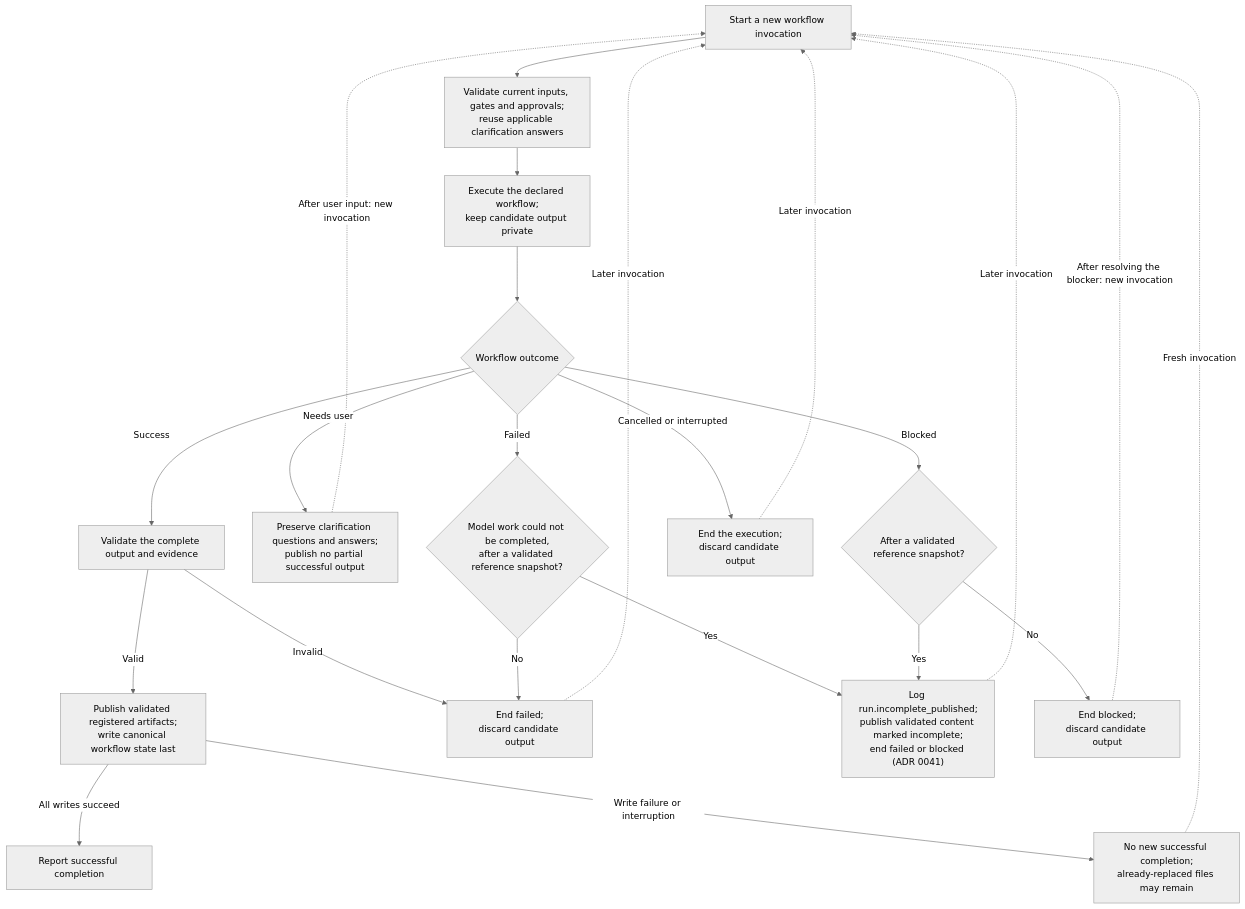
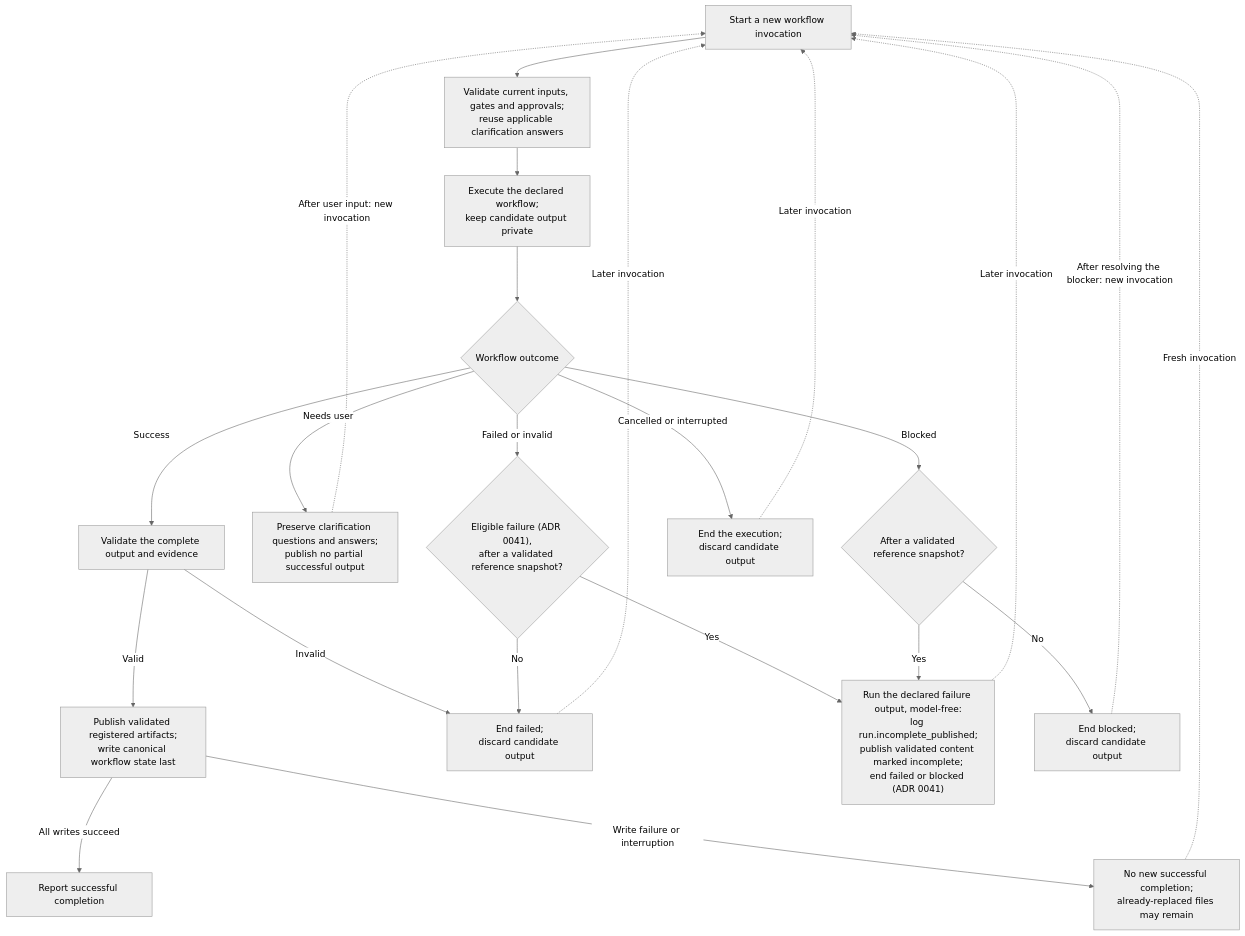
The diagram in design/diagrams/09-atomic-workflow-execution.md (littledespot/sdde), drawn with Mermaid (neutral theme) before and after one commit. The commit also changed 66 other files, not shown here.

````diff
--- a/design/diagrams/09-atomic-workflow-execution.md
+++ b/design/diagrams/09-atomic-workflow-execution.md
@@ -3,25 +3,25 @@
 ```mermaid
 flowchart TD
     START["Start a new workflow invocation"] --> INPUTS["Validate current inputs, gates and approvals;<br/>reuse applicable clarification answers"]
     INPUTS --> RUN["Execute the declared workflow;<br/>keep candidate output private"]
     RUN --> RESULT{"Workflow outcome"}
     RESULT -->|Success| VALIDATE["Validate the complete output and evidence"]
     VALIDATE -->|Valid| OUTPUT["Publish validated registered artifacts;<br/>write canonical workflow state last"]
     OUTPUT -->|All writes succeed| COMPLETE["Report successful completion"]
     OUTPUT -->|Write failure or interruption| WRITEFAIL["No new successful completion;<br/>already-replaced files may remain"]
     WRITEFAIL -. Fresh invocation .-> START
     VALIDATE -->|Invalid| FAILED["End failed;<br/>discard candidate output"]
     RESULT -->|Needs user| CLARIFY["Preserve clarification questions and answers;<br/>publish no partial successful output"]
-    RESULT -->|Failed| FAILKIND{"Model work could not be completed,<br/>after a validated reference snapshot?"}
-    FAILKIND -->|Yes| PARTIAL["Log run.incomplete_published;<br/>publish validated content marked incomplete;<br/>end failed or blocked (ADR 0041)"]
+    RESULT -->|Failed or invalid| FAILKIND{"Eligible failure (ADR 0041),<br/>after a validated reference snapshot?"}
+    FAILKIND -->|Yes| PARTIAL["Run the declared failure output, model-free:<br/>log run.incomplete_published;<br/>publish validated content marked incomplete;<br/>end failed or blocked (ADR 0041)"]
     FAILKIND -->|No| FAILED
     PARTIAL -. Later invocation .-> START
     RESULT -->|Blocked| BLOCKKIND{"After a validated reference snapshot?"}
     BLOCKKIND -->|Yes| PARTIAL
     BLOCKKIND -->|No| BLOCKED["End blocked;<br/>discard candidate output"]
     RESULT -->|Cancelled or interrupted| ABANDON["End the execution;<br/>discard candidate output"]
     CLARIFY -. After user input: new invocation .-> START
     FAILED -. Later invocation .-> START
     BLOCKED -. After resolving the blocker: new invocation .-> START
     ABANDON -. Later invocation .-> START
 ```
````
